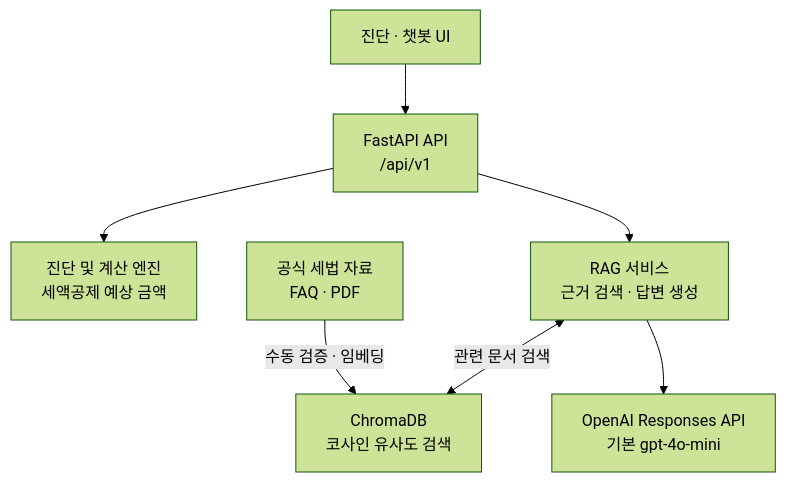
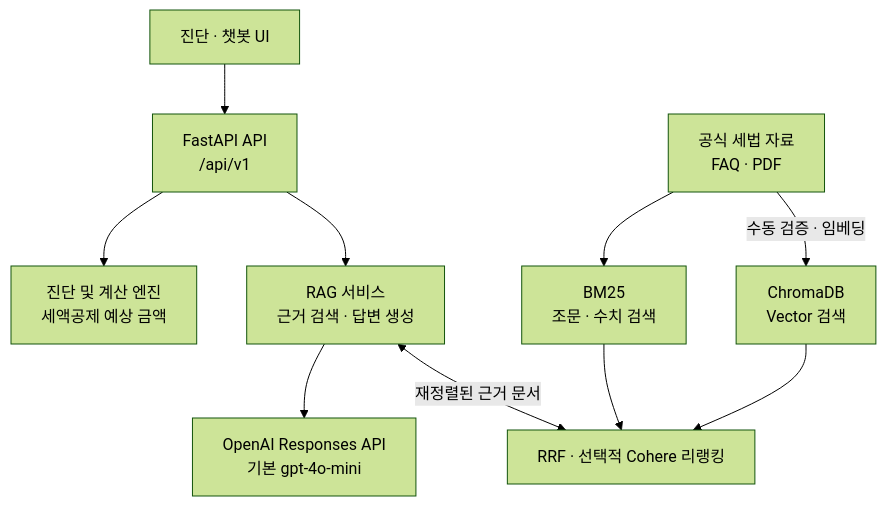
One commit to sijeong0927/pension-tax-assistant changed the second of 2 diagrams in README.md. Above: the diagram before and after it, drawn with Mermaid (forest theme). The commit also changed other lines of this file and 14 other files, not shown here.

````diff
--- a/README.md
+++ b/README.md
@@ -234,9 +236,12 @@
 ```mermaid
 flowchart TB
     UI["진단 · 챗봇 UI"] --> API["FastAPI API<br/>/api/v1"]
     API --> CALC["진단 및 계산 엔진<br/>세액공제 예상 금액"]
     API --> RAG["RAG 서비스<br/>근거 검색 · 답변 생성"]
-    DATA["공식 세법 자료<br/>FAQ · PDF"] -->|"수동 검증 · 임베딩"| VECTOR["ChromaDB<br/>코사인 유사도 검색"]
-    RAG <-->|"관련 문서 검색"| VECTOR
+    DATA["공식 세법 자료<br/>FAQ · PDF"] -->|"수동 검증 · 임베딩"| VECTOR["ChromaDB<br/>Vector 검색"]
+    DATA --> BM25["BM25<br/>조문 · 수치 검색"]
+    VECTOR --> RERANK["RRF · 선택적 Cohere 리랭킹"]
+    BM25 --> RERANK
+    RAG <-->|"재정렬된 근거 문서"| RERANK
     RAG --> LLM["OpenAI Responses API<br/>기본 gpt-4o-mini"]
 ```
````
